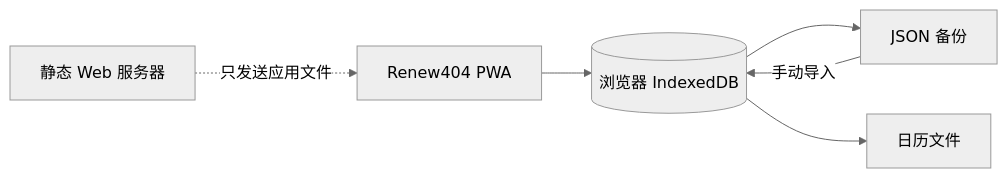
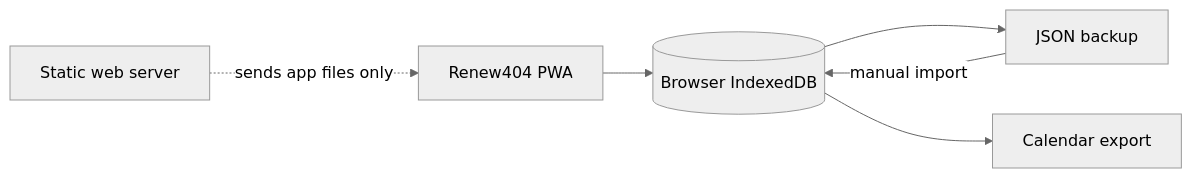
The diagram in README.md (Mavlan/renew404), drawn with Mermaid (neutral theme) before and after one commit. The commit also changed other lines of this file and 2 other files, not shown here.

````diff
--- a/README.md
+++ b/README.md
@@ -46,8 +46,8 @@
 ```mermaid
 flowchart LR
-  UI[Renew404 PWA] --> DB[(浏览器 IndexedDB)]
-  DB --> JSON[JSON 备份]
-  DB --> ICS[日历文件]
-  JSON -->|手动导入| DB
-  SERVER[静态 Web 服务器] -. 只发送应用文件 .-> UI
+  UI[Renew404 PWA] --> DB[(Browser IndexedDB)]
+  DB --> JSON[JSON backup]
+  DB --> ICS[Calendar export]
+  JSON -->|manual import| DB
+  SERVER[Static web server] -. sends app files only .-> UI
 ```
````
